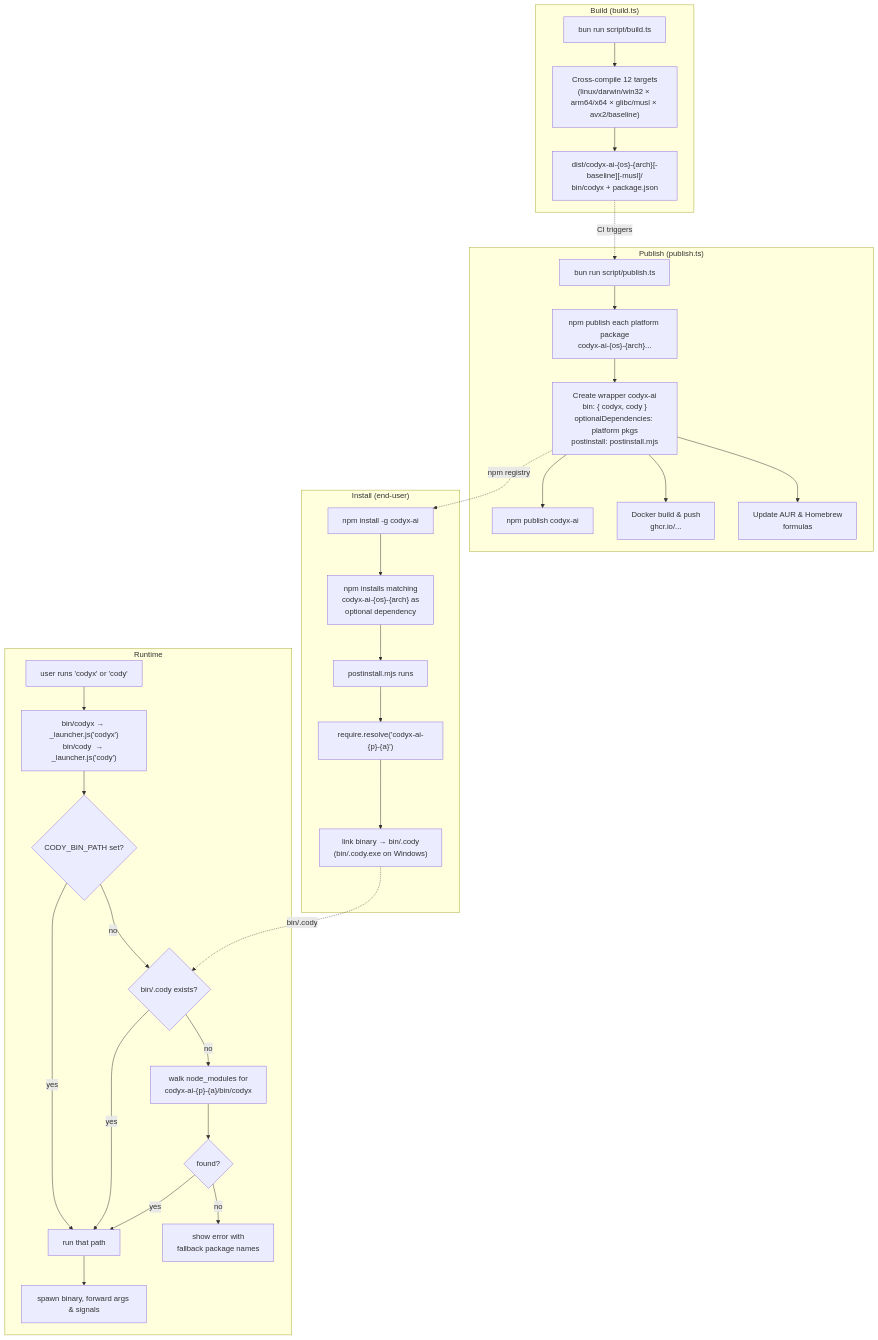
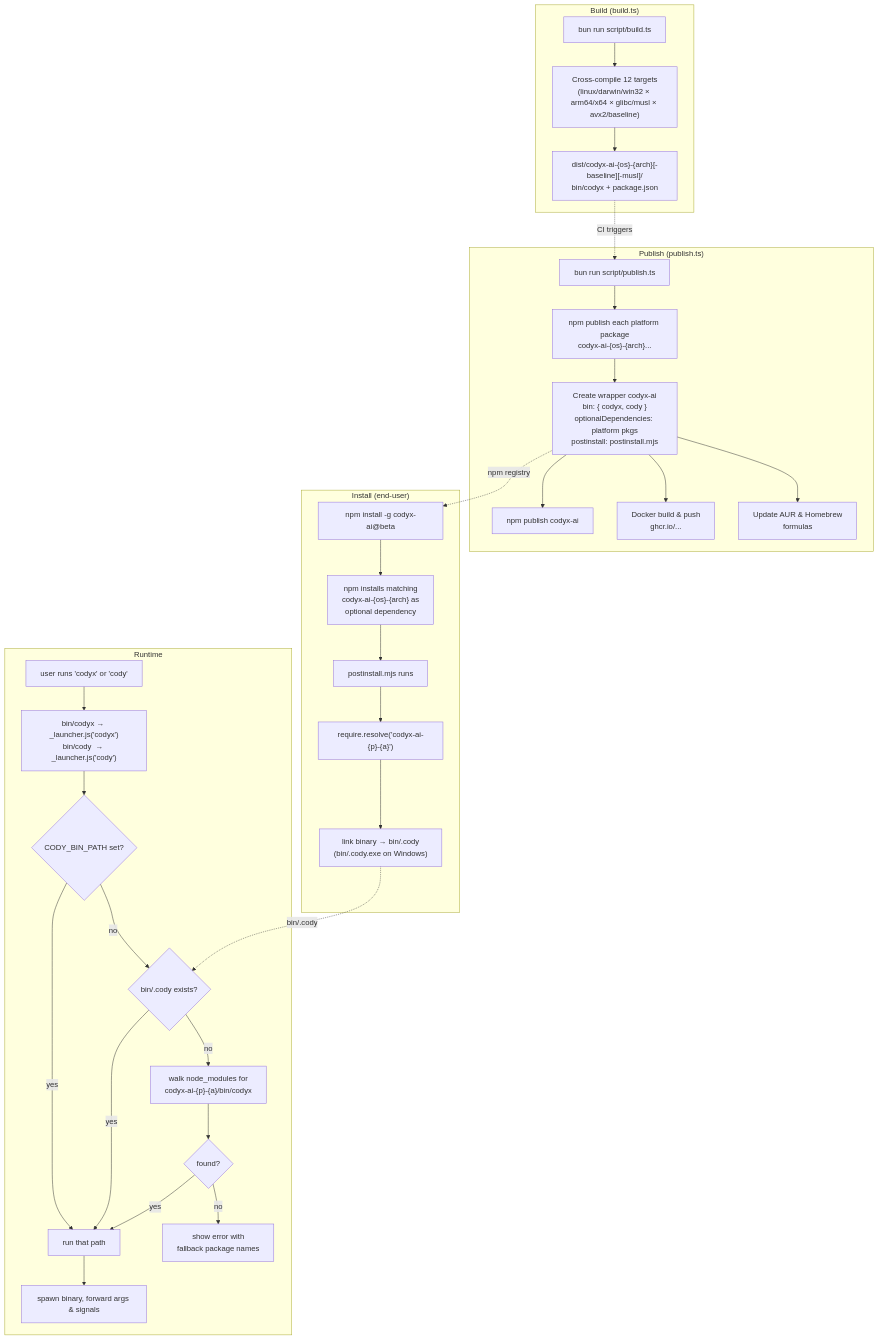
The diagram in packages/codyx/README.md (mufasa1611/codyx-orchestrator), drawn with Mermaid before and after one commit. The commit also changed other lines of this file and 27 other files, not shown here.

````diff
--- a/packages/codyx/README.md
+++ b/packages/codyx/README.md
@@ -9,40 +9,40 @@
 ```mermaid
 flowchart TD
     subgraph Build ["Build (build.ts)"]
         A1["bun run script/build.ts"] --> A2["Cross-compile 12 targets<br/>(linux/darwin/win32 × arm64/x64 × glibc/musl × avx2/baseline)"]
         A2 --> A3["dist/codyx-ai-{os}-{arch}[-baseline][-musl]/<br/>bin/codyx + package.json"]
     end
 
     subgraph Publish ["Publish (publish.ts)"]
         B1["bun run script/publish.ts"] --> B2["npm publish each platform package<br/>codyx-ai-{os}-{arch}..."]
         B2 --> B3["Create wrapper codyx-ai<br/>bin: { codyx, cody }<br/>optionalDependencies: platform pkgs<br/>postinstall: postinstall.mjs"]
         B3 --> B4["npm publish codyx-ai"]
         B3 --> B5["Docker build & push<br/>ghcr.io/..."]
         B3 --> B6["Update AUR & Homebrew<br/>formulas"]
     end
 
     subgraph Install ["Install (end-user)"]
-        C1["npm install -g codyx-ai"] --> C2["npm installs matching<br/>codyx-ai-{os}-{arch} as<br/>optional dependency"]
+        C1["npm install -g codyx-ai@beta"] --> C2["npm installs matching<br/>codyx-ai-{os}-{arch} as<br/>optional dependency"]
         C2 --> C3["postinstall.mjs runs"]
         C3 --> C4["require.resolve('codyx-ai-{p}-{a}')"]
         C4 --> C5["link binary → bin/.cody<br/>(bin/.cody.exe on Windows)"]
     end
 
     subgraph Runtime ["Runtime"]
         D1["user runs 'codyx' or 'cody'"]
         D1 --> D2["bin/codyx → _launcher.js('codyx')<br/>bin/cody  → _launcher.js('cody')"]
         D2 --> D3{"CODY_BIN_PATH set?"}
         D3 -->|yes| D4["run that path"]
         D3 -->|no| D5{"bin/.cody exists?"}
         D5 -->|yes| D4
         D5 -->|no| D6["walk node_modules for<br/>codyx-ai-{p}-{a}/bin/codyx"]
         D6 --> D7{"found?"}
         D7 -->|yes| D4
         D7 -->|no| D8["show error with<br/>fallback package names"]
         D4 --> D9["spawn binary, forward args & signals"]
     end
 
     A3 -.->|"CI triggers"| B1
     B3 -.->|"npm registry"| C1
     C5 -.->|"bin/.cody"| D5
 ```
````
